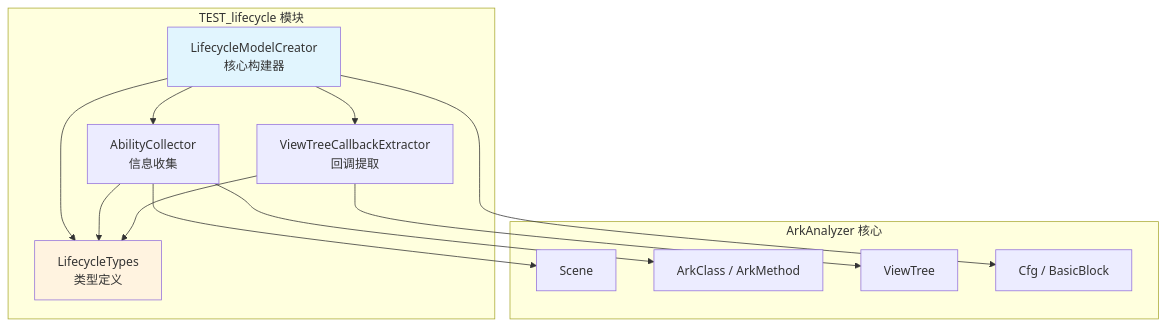
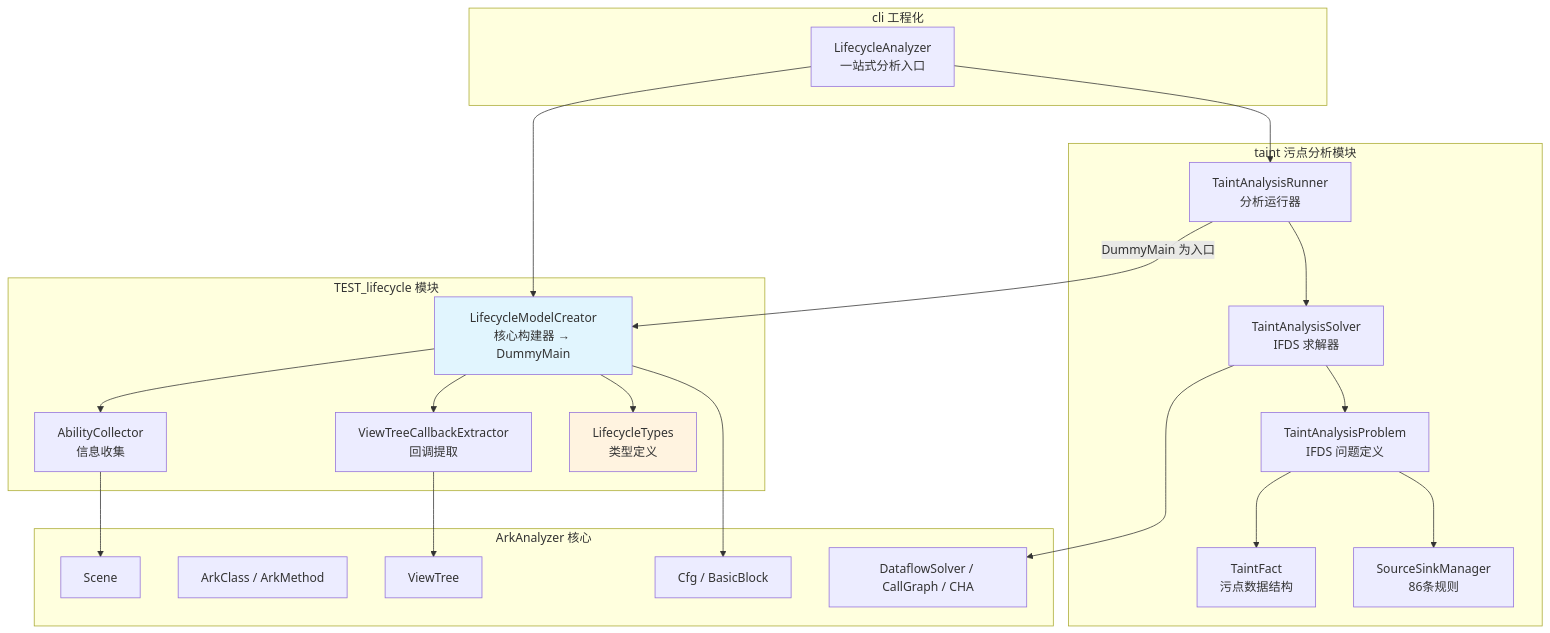
One commit to nomadJeo/typescript_lifecycle changed the second of 15 diagrams in arkanalyzer-master/arkanalyzer-master/src/TEST_lifecycle/README.md. Above: the diagram before and after it, drawn with Mermaid. The commit also changed other lines of this file and 25 other files, not shown here.

First line of the commit message:
feat(taint): v2.0.0 IFDS taint analysis with 86 Source/Sink rules and real project validation

````diff
--- a/arkanalyzer-master/arkanalyzer-master/src/TEST_lifecycle/README.md
+++ b/arkanalyzer-master/arkanalyzer-master/src/TEST_lifecycle/README.md
@@ -230,30 +223,50 @@
 ```mermaid
 graph TD
     subgraph "TEST_lifecycle 模块"
-        A[LifecycleModelCreator<br/>核心构建器]
+        A[LifecycleModelCreator<br/>核心构建器 → DummyMain]
         B[AbilityCollector<br/>信息收集]
         C[ViewTreeCallbackExtractor<br/>回调提取]
         D[LifecycleTypes<br/>类型定义]
+    end
+
+    subgraph "taint 污点分析模块"
+        T1[TaintFact<br/>污点数据结构]
+        T2[SourceSinkManager<br/>86条规则]
+        T3[TaintAnalysisProblem<br/>IFDS 问题定义]
+        T4[TaintAnalysisSolver<br/>IFDS 求解器]
+        T5[TaintAnalysisRunner<br/>分析运行器]
+    end
+
+    subgraph "cli 工程化"
+        CLI[LifecycleAnalyzer<br/>一站式分析入口]
     end
     
     subgraph "ArkAnalyzer 核心"
         E[Scene]
         F[ArkClass / ArkMethod]
         G[ViewTree]
         H[Cfg / BasicBlock]
+        I[DataflowSolver / CallGraph / CHA]
     end
     
     A --> B
     A --> C
     A --> D
-    B --> D
-    C --> D
+    
+    T3 --> T1
+    T3 --> T2
+    T4 --> T3
+    T5 --> T4
+    T5 -->|DummyMain 为入口| A
+    
+    CLI --> A
+    CLI --> T5
     
     B --> E
-    B --> F
     C --> G
+    T4 --> I
     A --> H
     
     style A fill:#e1f5fe
     style D fill:#fff3e0
 ```
````
